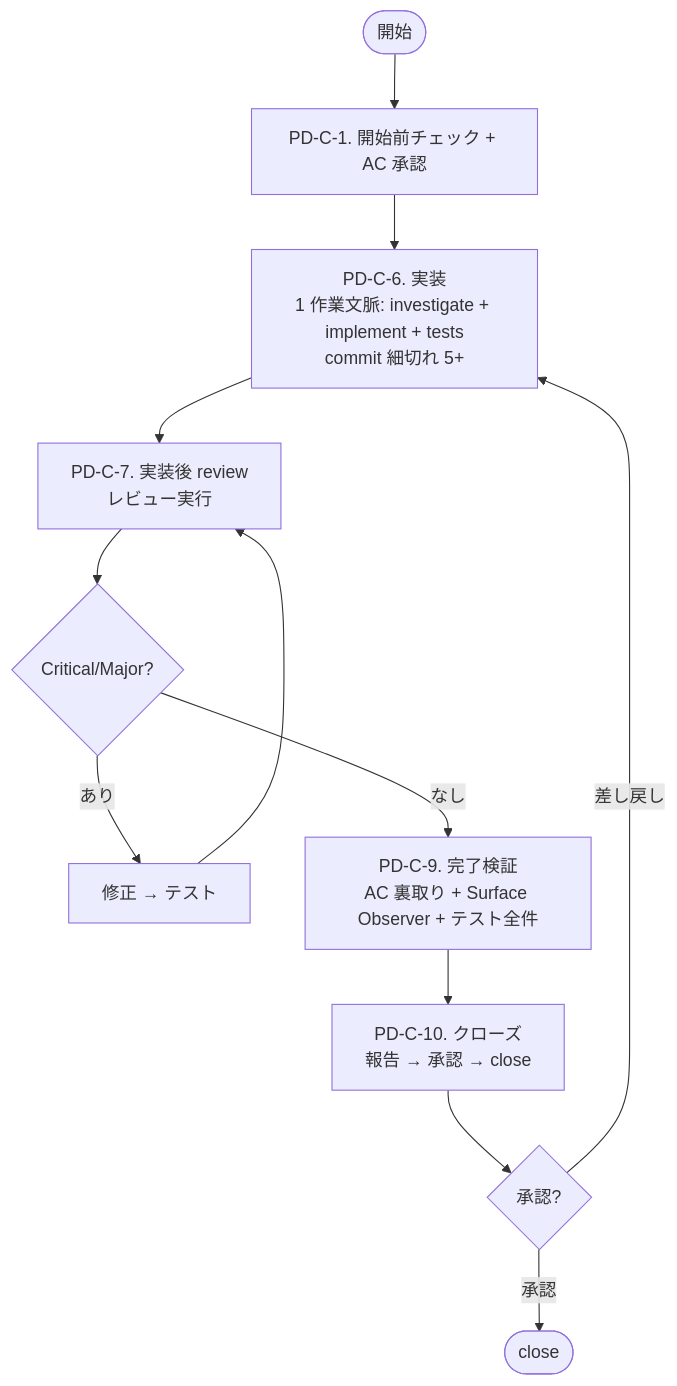
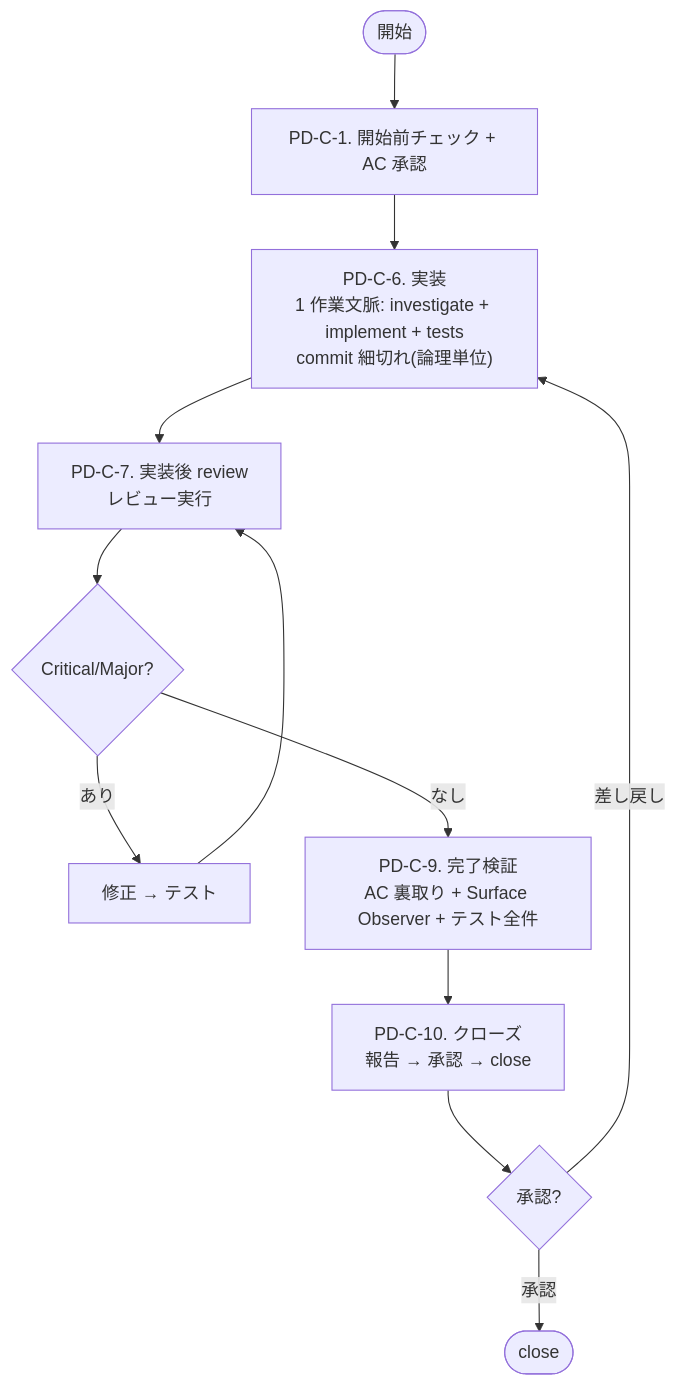
One commit to masuidrive/pdh changed the diagram in skills/pdh-dev/_flow.md. Above: the diagram before and after it, drawn with Mermaid. The commit also changed other lines of this file and 3 other files, not shown here.

````diff
--- a/skills/pdh-dev/_flow.md
+++ b/skills/pdh-dev/_flow.md
@@ -15,13 +15,13 @@
 ```mermaid
 flowchart TD
     Start([開始]) --> PDC1["PD-C-1. 開始前チェック + AC 承認"]
-    PDC1 --> PDC6["PD-C-6. 実装<br/>1 作業文脈: investigate + implement + tests<br/>commit 細切れ 5+"]
+    PDC1 --> PDC6["PD-C-6. 実装<br/>1 作業文脈: investigate + implement + tests<br/>commit 細切れ(論理単位)"]
     PDC6 --> PDC7["PD-C-7. 実装後 review<br/>レビュー実行"]
     PDC7 --> PDC7q{"Critical/Major?"}
     PDC7q -- "あり" --> PDC7fix["修正 → テスト"] --> PDC7
     PDC7q -- "なし" --> PDC9["PD-C-9. 完了検証<br/>AC 裏取り + Surface Observer + テスト全件"]
     PDC9 --> PDC10["PD-C-10. クローズ<br/>報告 → 承認 → close"]
     PDC10 --> PDC10q{"承認?"}
     PDC10q -- "差し戻し" --> PDC6
     PDC10q -- "承認" --> Done([close])
 ```
````
